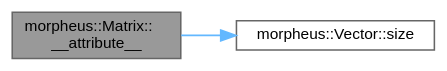
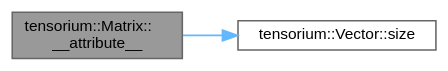
One commit to TensoriumCore/Tensorium_lib changed the diagram in docs/classmorpheus_1_1Matrix_ace27c82ae0ab741ef54500e157aab2ef_cgraph.dot. Above: the diagram before and after it, drawn with Graphviz. The commit also changed 3640 other files, not shown here.

```diff
--- a/docs/classmorpheus_1_1Matrix_ace27c82ae0ab741ef54500e157aab2ef_cgraph.dot
+++ b/docs/classmorpheus_1_1Matrix_ace27c82ae0ab741ef54500e157aab2ef_cgraph.dot
@@ -1,11 +1,11 @@
-digraph "morpheus::Matrix::__attribute__"
+digraph "tensorium::Matrix::__attribute__"
 {
  // LATEX_PDF_SIZE
   bgcolor="transparent";
   edge [fontname=Helvetica,fontsize=10,labelfontname=Helvetica,labelfontsize=10];
   node [fontname=Helvetica,fontsize=10,shape=box,height=0.2,width=0.4];
   rankdir="LR";
-  Node1 [id="Node000001",label="morpheus::Matrix::\l__attribute__",height=0.2,width=0.4,color="gray40", fillcolor="grey60", style="filled", fontcolor="black",tooltip="Multiply matrix by a vector using SIMD."];
+  Node1 [id="Node000001",label="tensorium::Matrix::\l__attribute__",height=0.2,width=0.4,color="gray40", fillcolor="grey60", style="filled", fontcolor="black",tooltip="Multiply matrix by a vector using SIMD."];
   Node1 -> Node2 [id="edge1_Node000001_Node000002",color="steelblue1",style="solid",tooltip=" "];
-  Node2 [id="Node000002",label="morpheus::Vector::size",height=0.2,width=0.4,color="grey40", fillcolor="white", style="filled",URL="$classmorpheus_1_1Vector.html#a723fe75fae6b15e8dc900acf5b323bbc",tooltip=" "];
+  Node2 [id="Node000002",label="tensorium::Vector::size",height=0.2,width=0.4,color="grey40", fillcolor="white", style="filled",URL="$classtensorium_1_1Vector.html#a723fe75fae6b15e8dc900acf5b323bbc",tooltip=" "];
 }
```
